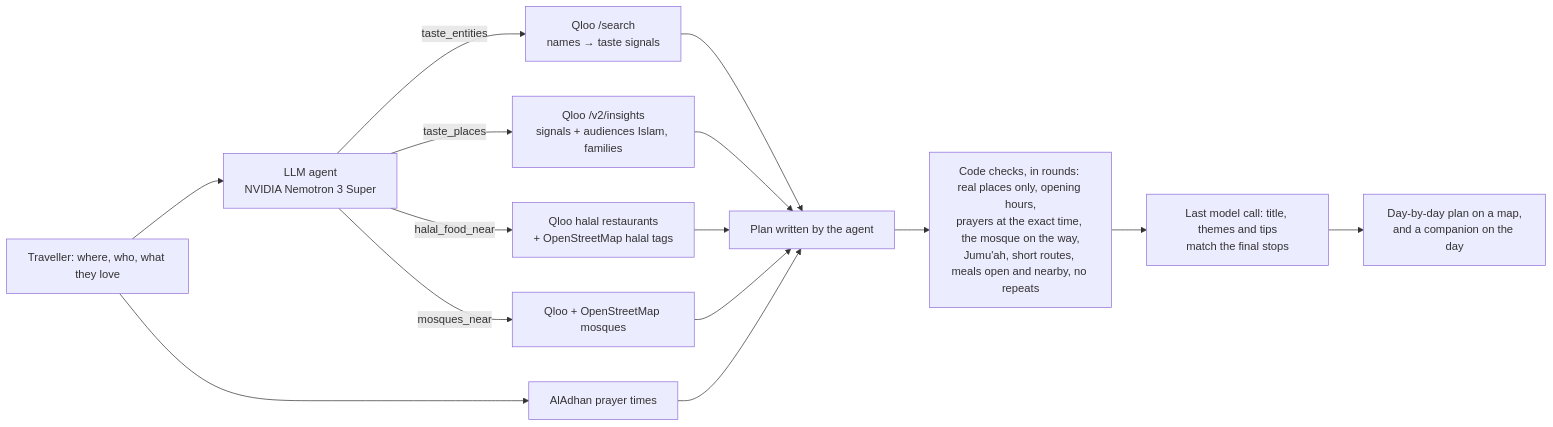
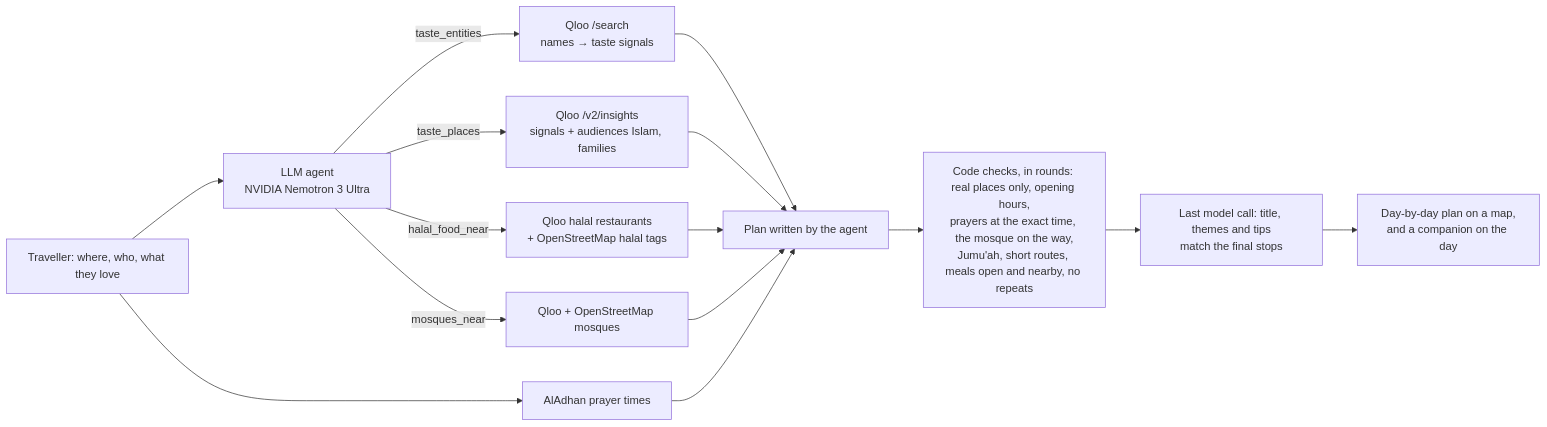
Before and after one commit to me7ko-dev/rihla: the diagram in README.md, drawn with Mermaid. The commit also changed other lines of this file and 11 other files, not shown here.

First line of the commit message:
NVIDIA retired Nemotron 3 Super for this key: Nemotron 3 Ultra first, then 3.5 Lightning, then Groq

````diff
--- a/README.md
+++ b/README.md
@@ -53,13 +53,13 @@
 ```mermaid
 flowchart LR
-    U["Traveller: where, who, what they love"] --> A["LLM agent<br/>NVIDIA Nemotron 3 Super"]
+    U["Traveller: where, who, what they love"] --> A["LLM agent<br/>NVIDIA Nemotron 3 Ultra"]
     A -- "taste_entities" --> Q1["Qloo /search<br/>names → taste signals"]
     A -- "taste_places" --> Q2["Qloo /v2/insights<br/>signals + audiences Islam, families"]
     A -- "halal_food_near" --> H["Qloo halal restaurants<br/>+ OpenStreetMap halal tags"]
     A -- "mosques_near" --> M["Qloo + OpenStreetMap mosques"]
     U --> P["AlAdhan prayer times"]
     Q1 & Q2 & H & M & P --> W["Plan written by the agent"]
     W --> C["Code checks, in rounds: real places only, opening hours,<br/>prayers at the exact time, the mosque on the way,<br/>Jumu'ah, short routes, meals open and nearby, no repeats"]
     C --> E["Last model call: title, themes and tips<br/>match the final stops"]
     E --> R["Day-by-day plan on a map,<br/>and a companion on the day"]
 ```
````
